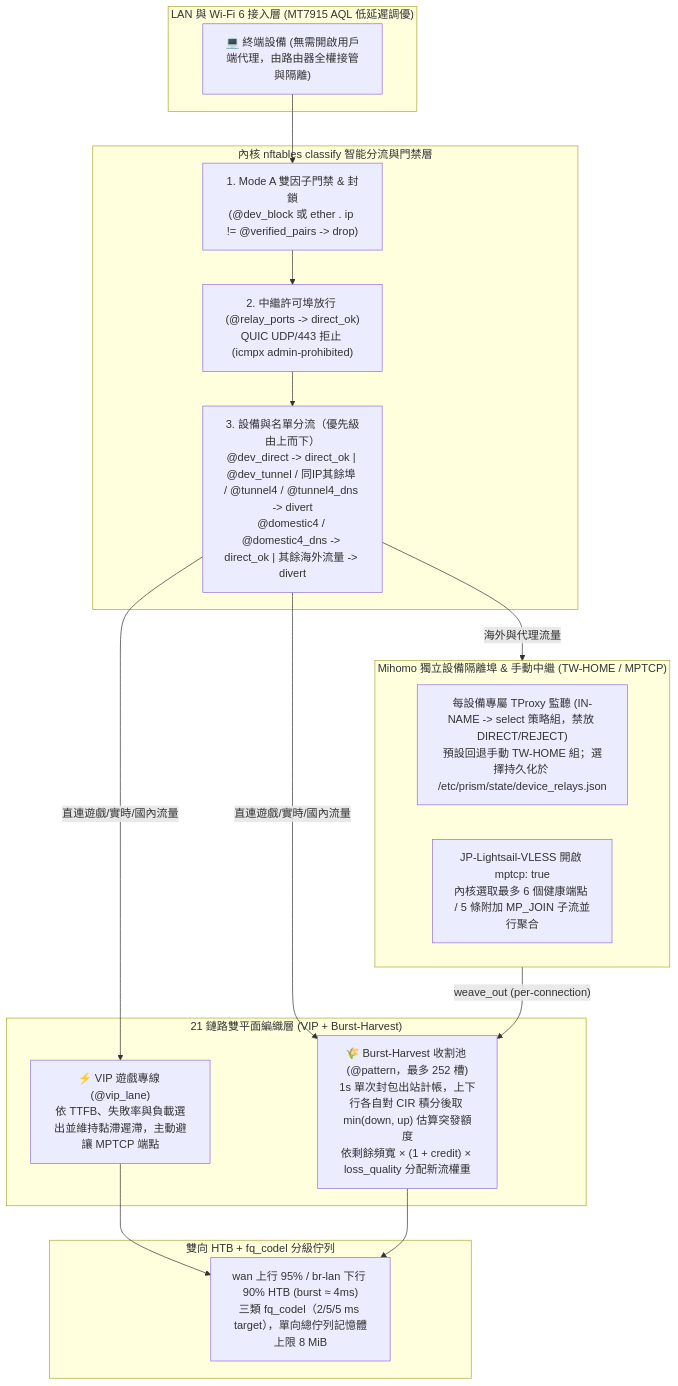
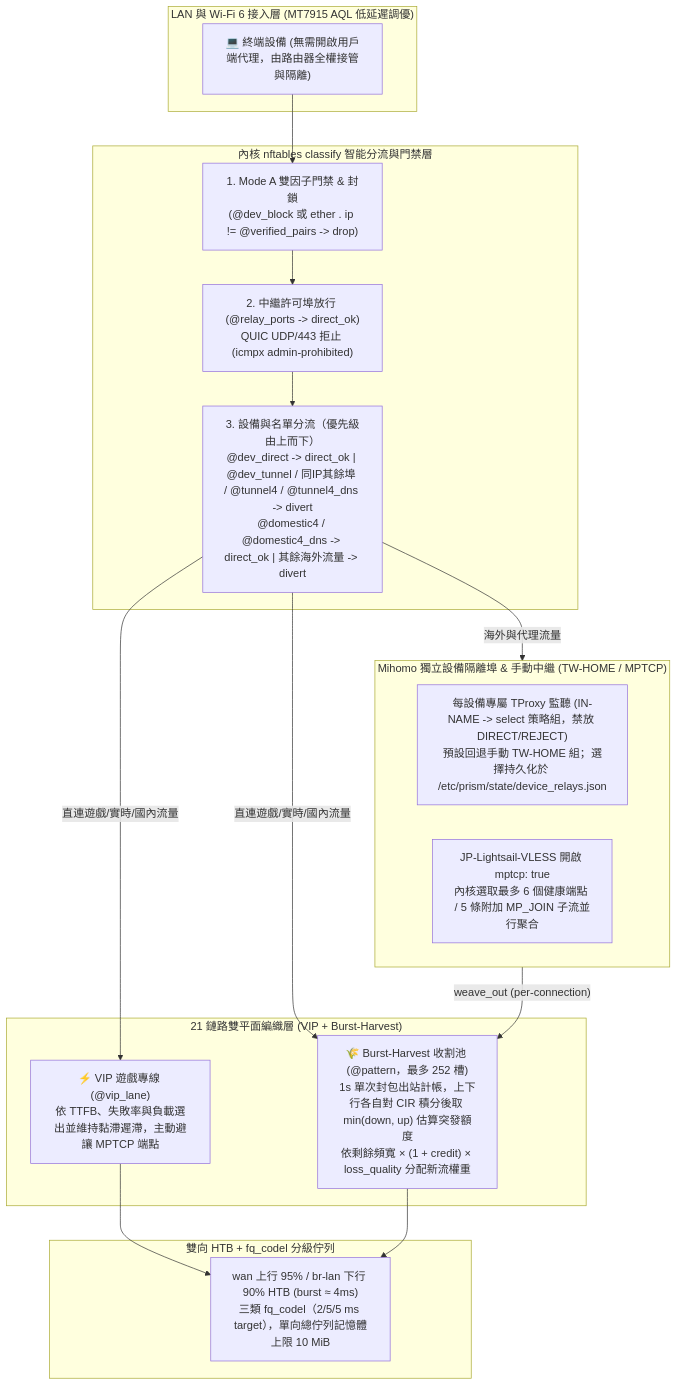
Before and after one commit to Chth1z/FuckWeb: the diagram in README.md, drawn with Mermaid. The commit also changed other lines of this file and 6 other files, not shown here.

````diff
--- a/README.md
+++ b/README.md
@@ -17,32 +17,32 @@
 ```mermaid
 flowchart TB
     subgraph ClientLayer["LAN 與 Wi-Fi 6 接入層 (MT7915 AQL 低延遲調優)"]
         LAN["💻 終端設備 (無需開啟用戶端代理，由路由器全權接管與隔離)"]
     end
 
     subgraph ClassifyLayer["內核 nftables classify 智能分流與門禁層"]
         Admit["1. Mode A 雙因子門禁 & 封鎖<br/>(@dev_block 或 ether . ip != @verified_pairs -> drop)"]
         RelayPort["2. 中繼許可埠放行 (@relay_ports -> direct_ok)<br/>QUIC UDP/443 拒止 (icmpx admin-prohibited)"]
         SplitCheck["3. 設備與名單分流（優先級由上而下）<br/>@dev_direct -> direct_ok | @dev_tunnel / 同IP其餘埠 / @tunnel4 / @tunnel4_dns -> divert<br/>@domestic4 / @domestic4_dns -> direct_ok | 其餘海外流量 -> divert"]
     end
 
     subgraph ProxyLayer["Mihomo 獨立設備隔離埠 & 手動中繼 (TW-HOME / MPTCP)"]
         DevPort["每設備專屬 TProxy 監聽 (IN-NAME -> select 策略組，禁放 DIRECT/REJECT)<br/>預設回退手動 TW-HOME 組；選擇持久化於 /etc/prism/state/device_relays.json"]
         MPTCP["JP-Lightsail-VLESS 開啟 mptcp: true<br/>內核選取最多 6 個健康端點 / 5 條附加 MP_JOIN 子流並行聚合"]
     end
 
     subgraph WeaveLayer["21 鏈路雙平面編織層 (VIP + Burst-Harvest)"]
         VIPLane["⚡ VIP 遊戲專線 (@vip_lane)<br/>依 TTFB、失敗率與負載選出並維持黏滯遲滯，主動避讓 MPTCP 端點"]
         HarvestPool["🌾 Burst-Harvest 收割池 (@pattern，最多 252 槽)<br/>1s 單次封包出站計帳，上下行各自對 CIR 積分後取 min(down, up) 估算突發額度<br/>依剩餘頻寬 × (1 + credit) × loss_quality 分配新流權重"]
     end
 
     subgraph QoSLayer["雙向 HTB + fq_codel 分級佇列"]
-        QoS["wan 上行 95% / br-lan 下行 90% HTB (burst ≈ 4ms)<br/>三類 fq_codel（2/5/5 ms target），單向總佇列記憶體上限 8 MiB"]
+        QoS["wan 上行 95% / br-lan 下行 90% HTB (burst ≈ 4ms)<br/>三類 fq_codel（2/5/5 ms target），單向總佇列記憶體上限 10 MiB"]
     end
 
     LAN --> Admit --> RelayPort --> SplitCheck
     SplitCheck -->|"海外與代理流量"| ProxyLayer -->|"weave_out (per-connection)"| HarvestPool
     SplitCheck -->|"直連遊戲/實時/國內流量"| VIPLane & HarvestPool
     VIPLane --> QoS
     HarvestPool --> QoS
 ```
````
